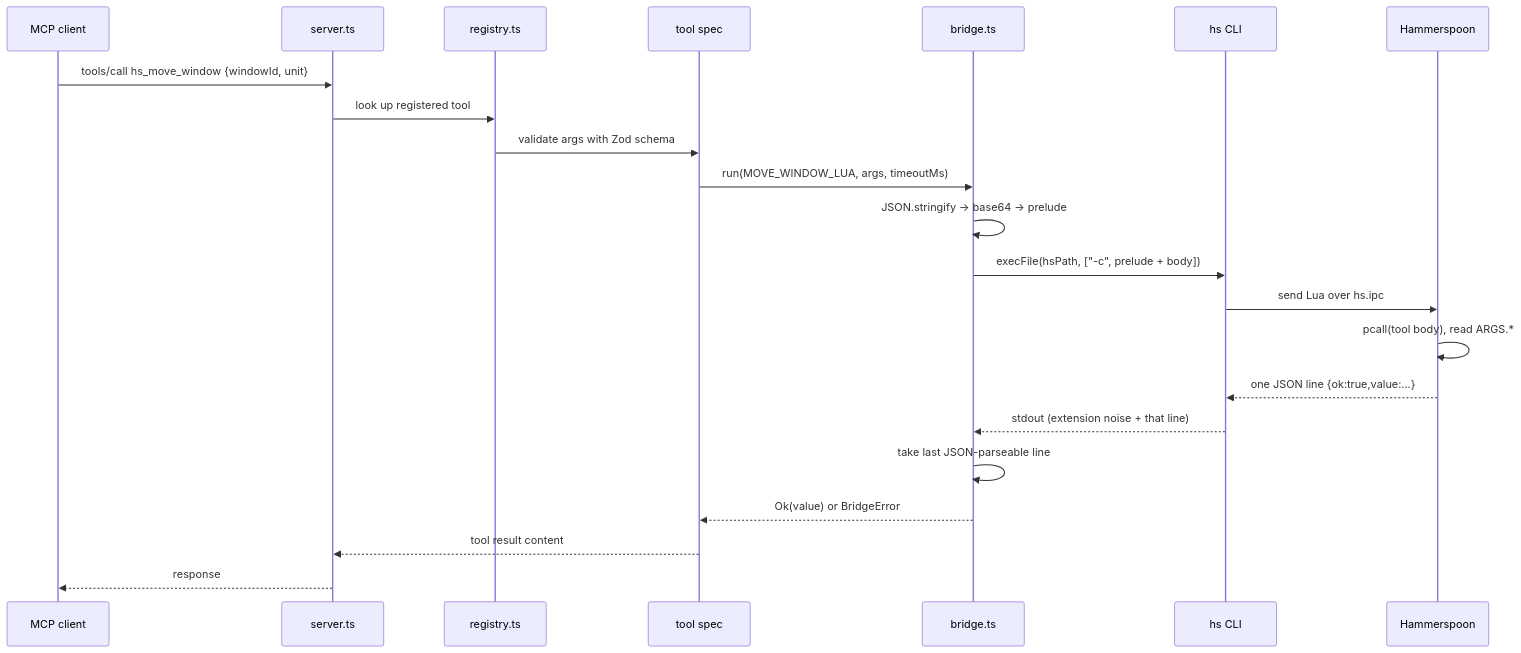
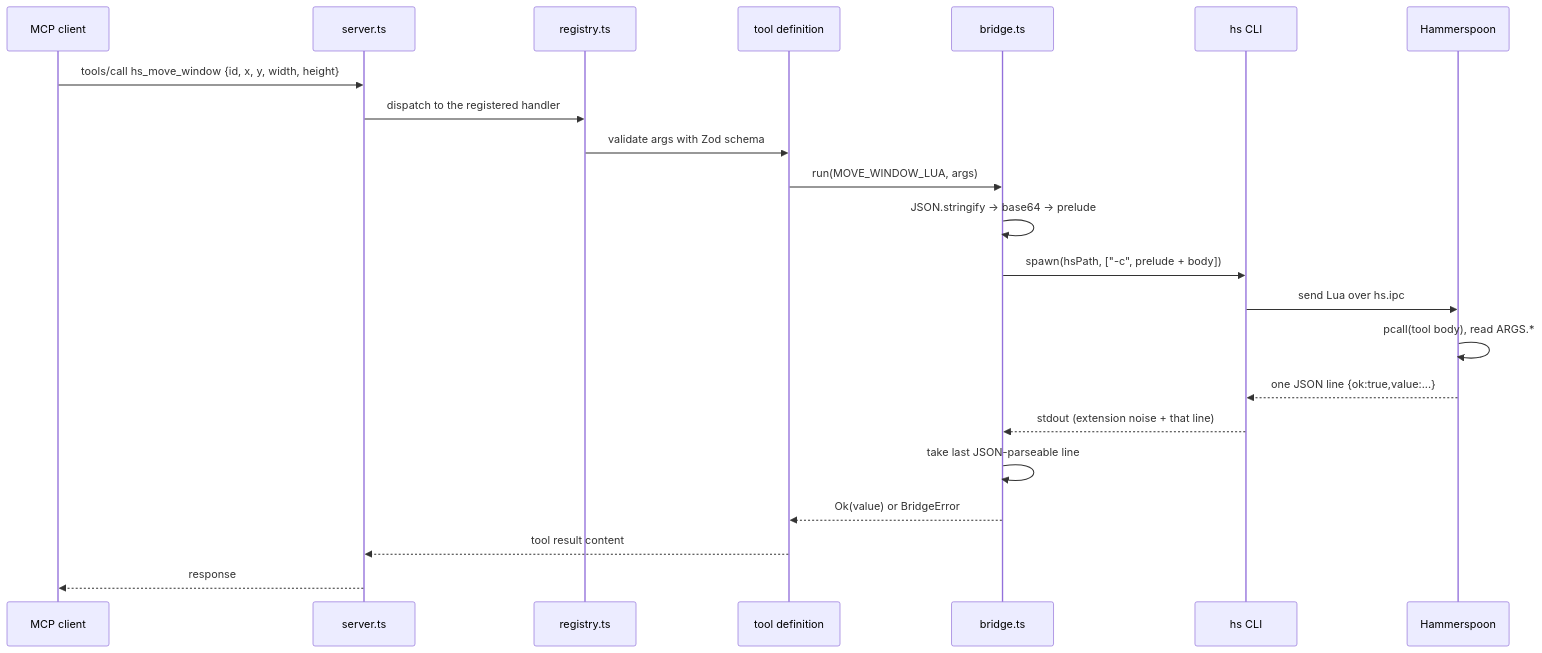
The diagram in docs/ARCHITECTURE.md (vukvukovich/hammerspoon-mcp), drawn with Mermaid before and after one commit. The commit also changed other lines of this file and 1 other file, not shown here.

Commit message:
Doc reconcile architecture and contributing with shipped code

````diff
--- a/docs/ARCHITECTURE.md
+++ b/docs/ARCHITECTURE.md
@@ -56,25 +66,25 @@
 ```mermaid
 sequenceDiagram
     participant C as MCP client
     participant S as server.ts
     participant R as registry.ts
-    participant T as tool spec
+    participant T as tool definition
     participant B as bridge.ts
     participant H as hs CLI
     participant A as Hammerspoon
 
-    C->>S: tools/call hs_move_window {windowId, unit}
-    S->>R: look up registered tool
+    C->>S: tools/call hs_move_window {id, x, y, width, height}
+    S->>R: dispatch to the registered handler
     R->>T: validate args with Zod schema
-    T->>B: run(MOVE_WINDOW_LUA, args, timeoutMs)
+    T->>B: run(MOVE_WINDOW_LUA, args)
     B->>B: JSON.stringify -> base64 -> prelude
-    B->>H: execFile(hsPath, ["-c", prelude + body])
+    B->>H: spawn(hsPath, ["-c", prelude + body])
     H->>A: send Lua over hs.ipc
     A->>A: pcall(tool body), read ARGS.*
     A-->>H: one JSON line {ok:true,value:...}
     H-->>B: stdout (extension noise + that line)
     B->>B: take last JSON-parseable line
     B-->>T: Ok(value) or BridgeError
     T-->>S: tool result content
     S-->>C: response
 ```
````
